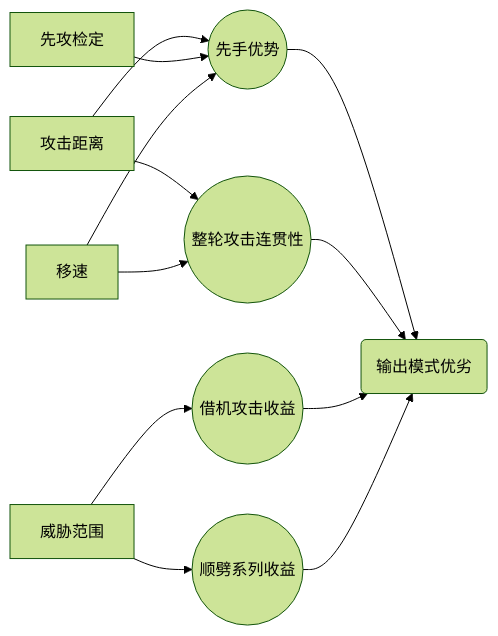
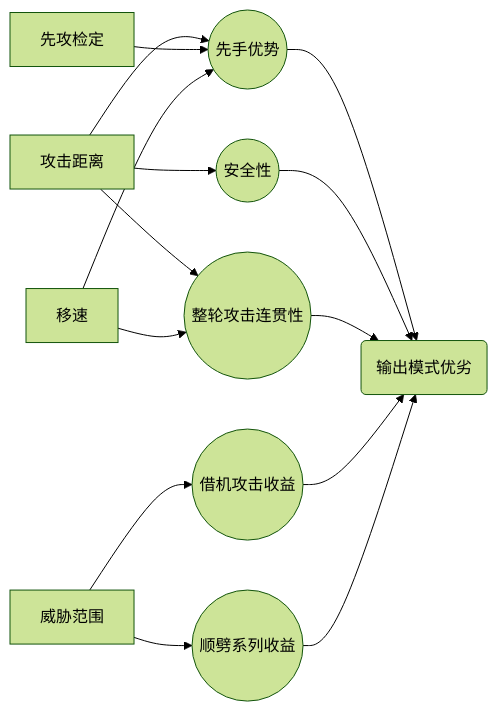
The diagram in README.md (ZJUZBW/WotR-CA), drawn with Mermaid (forest theme) before and after one commit.

````diff
--- a/README.md
+++ b/README.md
@@ -45,11 +45,12 @@
 ```mermaid
 graph LR
 A1[攻击距离]-->B1((先手优势))-->C(输出模式优劣)
 A2[先攻检定]-->B1
 A1-->B3((整轮攻击连贯性))
+A1-->B5((安全性))-->C
 A3-->B3
 B3-->C
 A3[移速]-->B1
 A4[威胁范围]-->B2((借机攻击收益))-->C
 A4-->B4((顺劈系列收益))-->C
 ```
````
